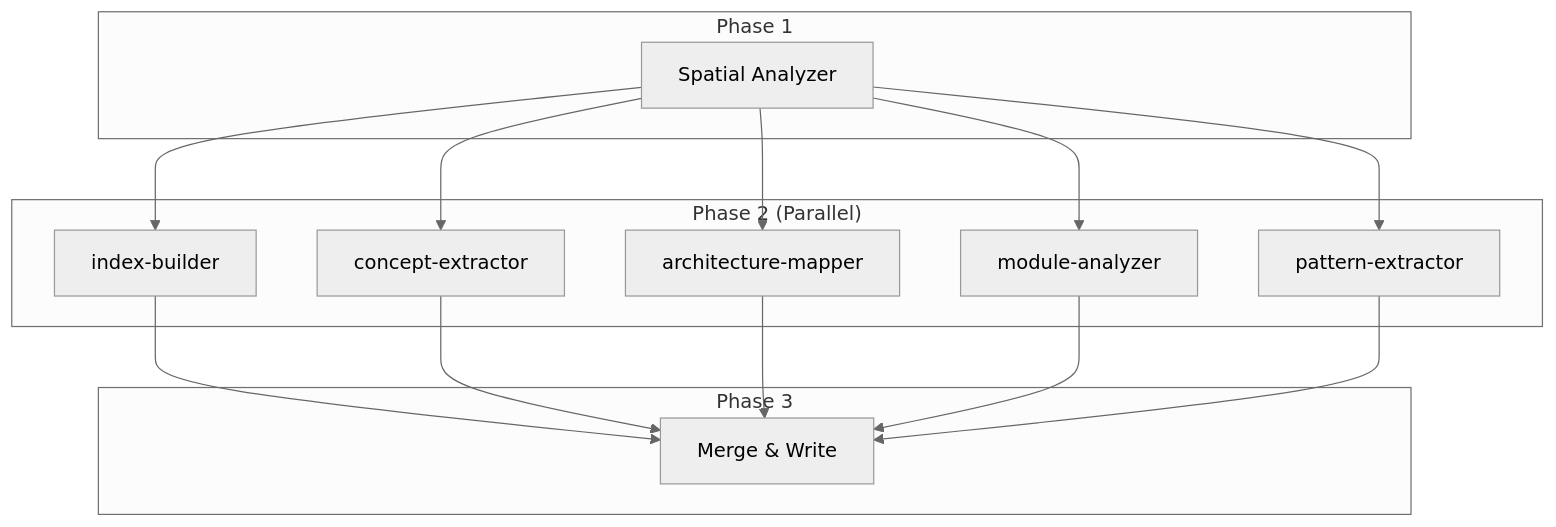
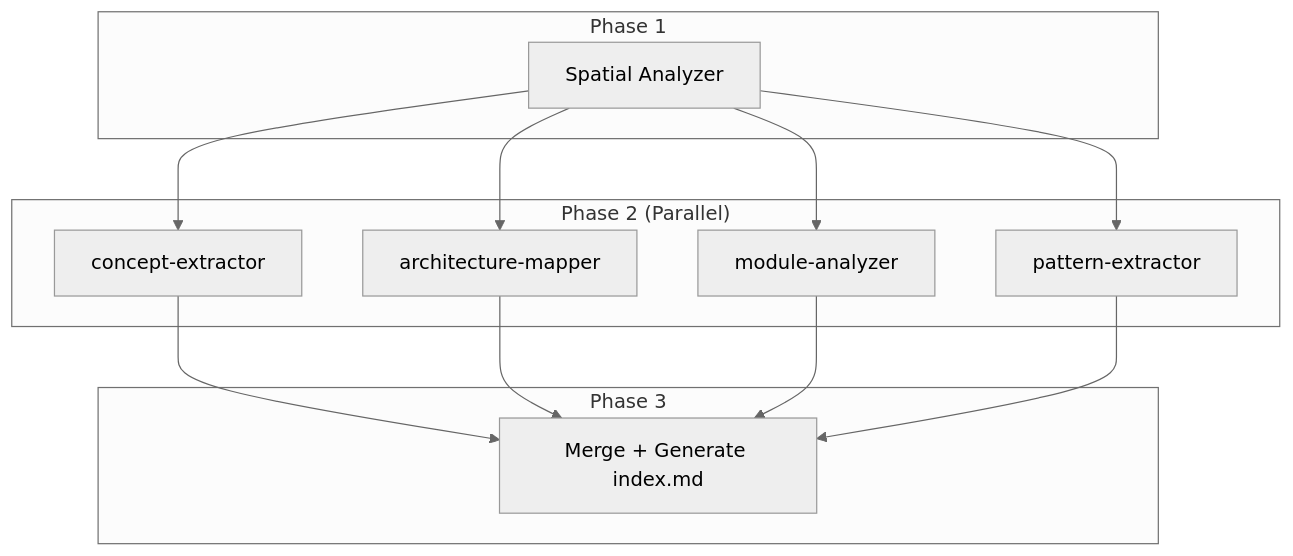
The diagram in docs/reference/base/knowledge-build.md (rp1-run/rp1), drawn with Mermaid (neutral theme) before and after one commit. The commit also changed other lines of this file and 41 other files, not shown here.

````diff
--- a/docs/reference/base/knowledge-build.md
+++ b/docs/reference/base/knowledge-build.md
@@ -115,30 +115,27 @@
 ```mermaid
 flowchart TB
     subgraph "Phase 1"
         SA[Spatial Analyzer]
     end
 
     subgraph "Phase 2 (Parallel)"
-        A1[index-builder]
-        A2[concept-extractor]
-        A3[architecture-mapper]
-        A4[module-analyzer]
-        A5[pattern-extractor]
+        A1[concept-extractor]
+        A2[architecture-mapper]
+        A3[module-analyzer]
+        A4[pattern-extractor]
     end
 
     subgraph "Phase 3"
-        M[Merge & Write]
+        M[Merge + Generate index.md]
     end
 
     SA --> A1
     SA --> A2
     SA --> A3
     SA --> A4
-    SA --> A5
 
     A1 --> M
     A2 --> M
     A3 --> M
     A4 --> M
-    A5 --> M
 ```
````
